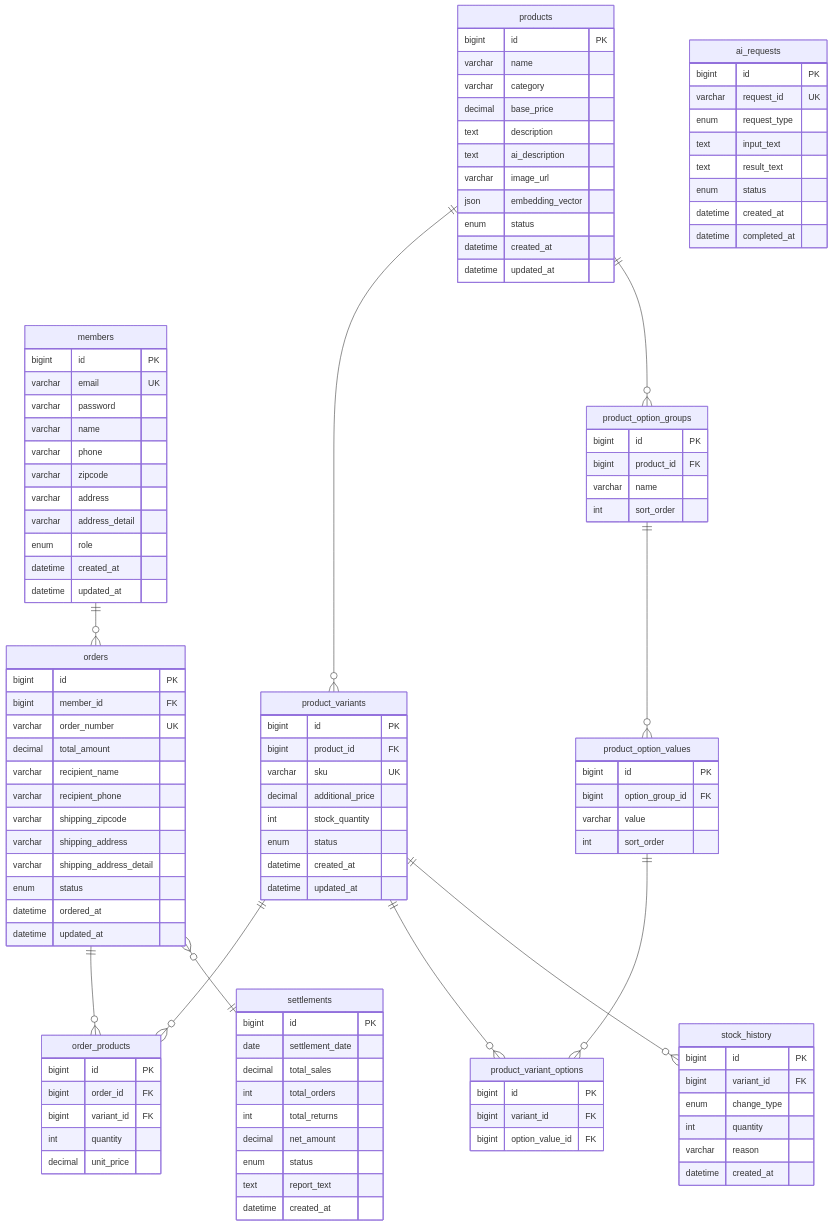
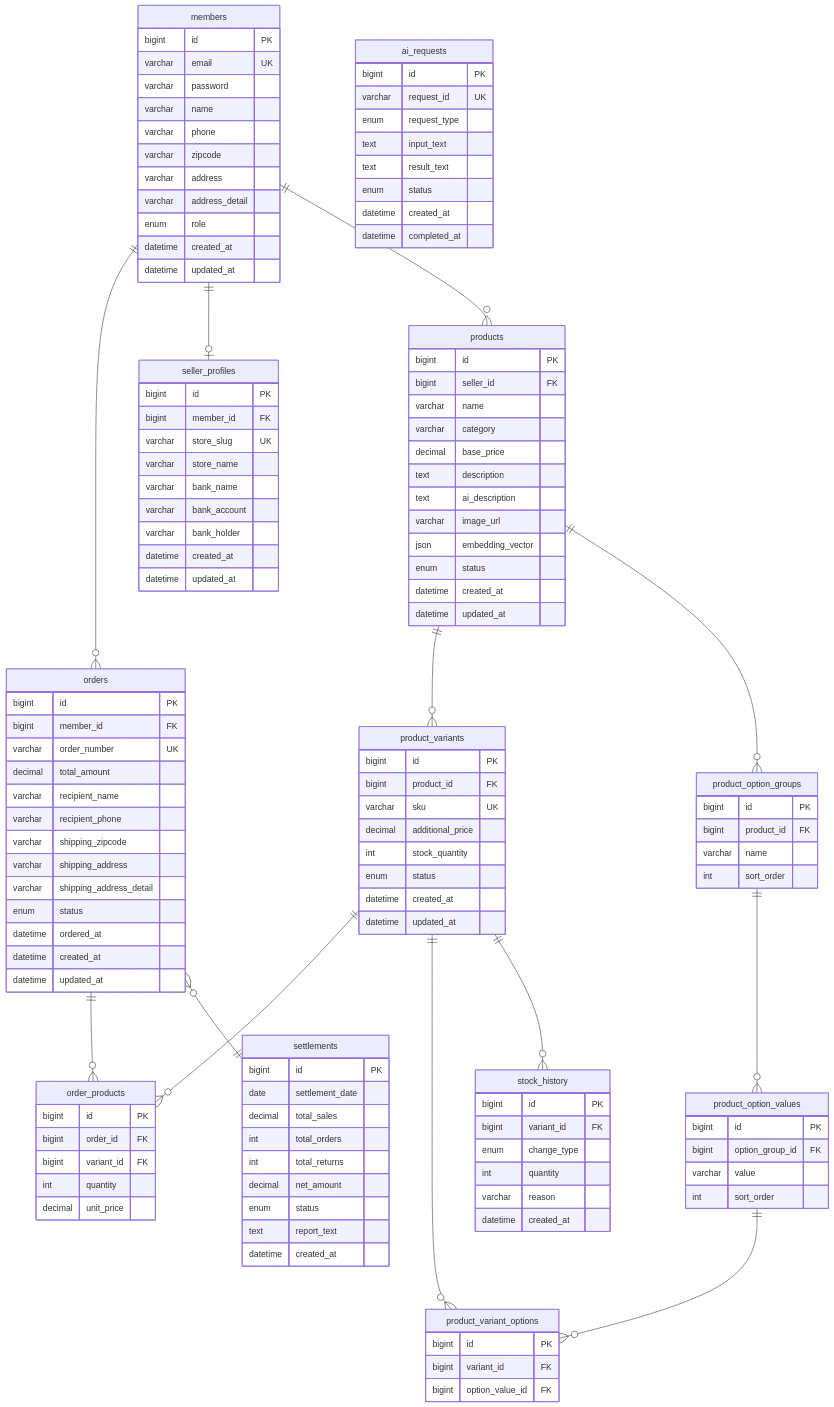
Before and after one commit to GitOfJY/shopai: the diagram in docs/ERD.md, drawn with Mermaid. The commit also changed 27 other files, not shown here.

Commit message:
feat: 멀티셀러 스토어 구현 + ERD/README 업데이트

````diff
--- a/docs/ERD.md
+++ b/docs/ERD.md
@@ -1,6 +1,8 @@
 ```mermaid
 erDiagram
     members ||--o{ orders : " "
+    members ||--o| seller_profiles : " "
+    members ||--o{ products : " "
     orders ||--o{ order_products : " "
     product_variants ||--o{ order_products : " "
     products ||--o{ product_variants : " "
@@ -25,103 +27,117 @@
         datetime updated_at
     }
 
-    orders {
+    seller_profiles {
         bigint id PK
         bigint member_id FK
-        varchar order_number UK
-        decimal total_amount
-        varchar recipient_name
-        varchar recipient_phone
-        varchar shipping_zipcode
-        varchar shipping_address
-        varchar shipping_address_detail
-        enum status
-        datetime ordered_at
+        varchar store_slug UK
+        varchar store_name
+        varchar bank_name
+        varchar bank_account
+        varchar bank_holder
+        datetime created_at
         datetime updated_at
+}
+
+products {
+bigint id PK
+bigint seller_id FK
+varchar name
+varchar category
+decimal base_price
+text description
+text ai_description
+varchar image_url
+json embedding_vector
+enum status
+datetime created_at
+datetime updated_at
+}
+
+product_option_groups {
+bigint id PK
+bigint product_id FK
+varchar name
+int sort_order
+}
+
+product_option_values {
+bigint id PK
+bigint option_group_id FK
+varchar value
+int sort_order
+}
+
+product_variants {
+bigint id PK
+bigint product_id FK
+varchar sku UK
+decimal additional_price
+int stock_quantity
+enum status
+datetime created_at
+datetime updated_at
+}
+
+product_variant_options {
+bigint id PK
+bigint variant_id FK
+bigint option_value_id FK
+}
+
+orders {
+bigint id PK
+bigint member_id FK
+varchar order_number UK
+decimal total_amount
+varchar recipient_name
+varchar recipient_phone
+varchar shipping_zipcode
+varchar shipping_address
+varchar shipping_address_detail
+enum status
+datetime ordered_at
+datetime created_at
+datetime updated_at
+}
+
+order_products {
+bigint id PK
+bigint order_id FK
+bigint variant_id FK
+int quantity
+decimal unit_price
+}
+
+stock_history {
+bigint id PK
+bigint variant_id FK
+enum change_type
+int quantity
+varchar reason
+datetime created_at
     }
 
-    order_products {
-        bigint id PK
-        bigint order_id FK
-        bigint variant_id FK
-        int quantity
-        decimal unit_price
-    }
+settlements {
+bigint id PK
+date settlement_date
+decimal total_sales
+int total_orders
+int total_returns
+decimal net_amount
+enum status
+text report_text
+datetime created_at
+}
 
-    products {
-        bigint id PK
-        varchar name
-        varchar category
-        decimal base_price
-        text description
-        text ai_description
-        varchar image_url
-        json embedding_vector
-        enum status
-        datetime created_at
-        datetime updated_at
-    }
-
-    product_option_groups {
-        bigint id PK
-        bigint product_id FK
-        varchar name
-        int sort_order
-    }
-
-    product_option_values {
-        bigint id PK
-        bigint option_group_id FK
-        varchar value
-        int sort_order
-    }
-
-    product_variants {
-        bigint id PK
-        bigint product_id FK
-        varchar sku UK
-        decimal additional_price
-        int stock_quantity
-        enum status
-        datetime created_at
-        datetime updated_at
-    }
-
-    product_variant_options {
-        bigint id PK
-        bigint variant_id FK
-        bigint option_value_id FK
-    }
-
-    stock_history {
-        bigint id PK
-        bigint variant_id FK
-        enum change_type
-        int quantity
-        varchar reason
-        datetime created_at
-    }
-
-    settlements {
-        bigint id PK
-        date settlement_date
-        decimal total_sales
-        int total_orders
-        int total_returns
-        decimal net_amount
-        enum status
-        text report_text
-        datetime created_at
-    }
-
-    ai_requests {
-        bigint id PK
-        varchar request_id UK
-        enum request_type
-        text input_text
-        text result_text
-        enum status
-        datetime created_at
-        datetime completed_at
-    }
+ai_requests {
+bigint id PK
+varchar request_id UK
+enum request_type
+text input_text
+text result_text
+enum status
+datetime created_at
+datetime completed_at
+}
 ```
````
